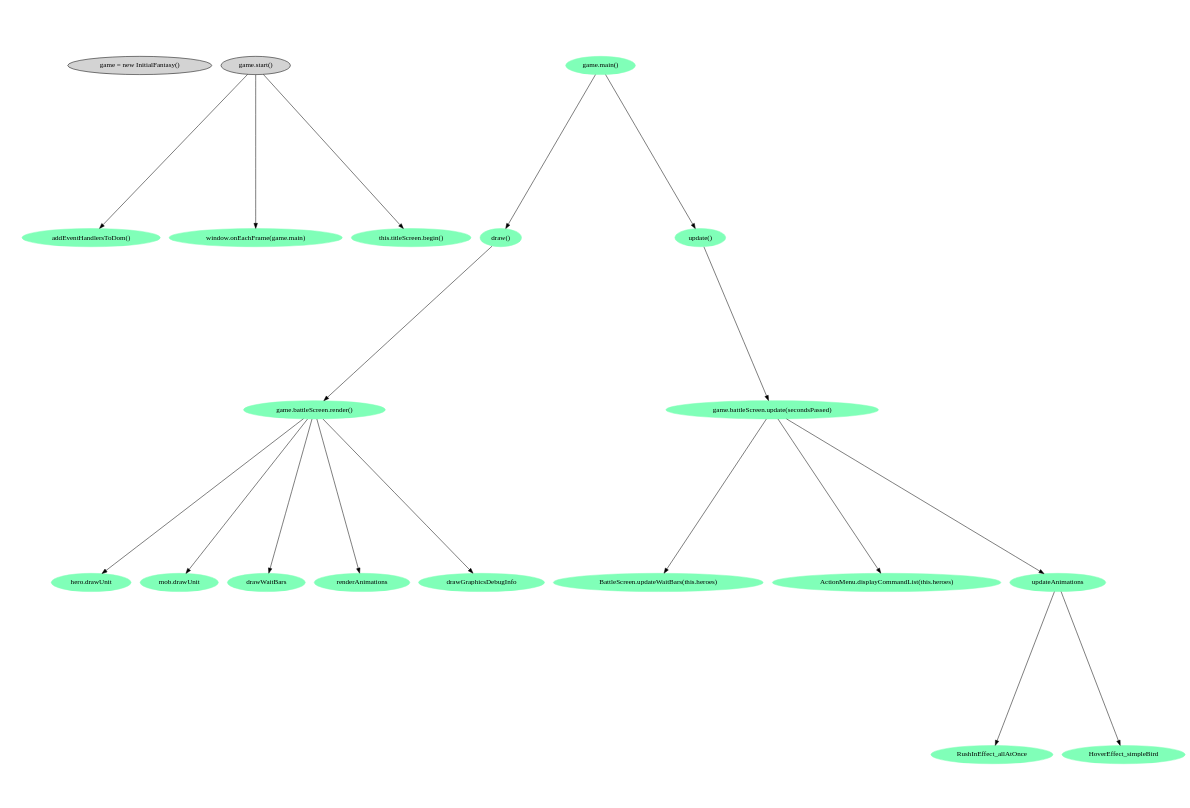
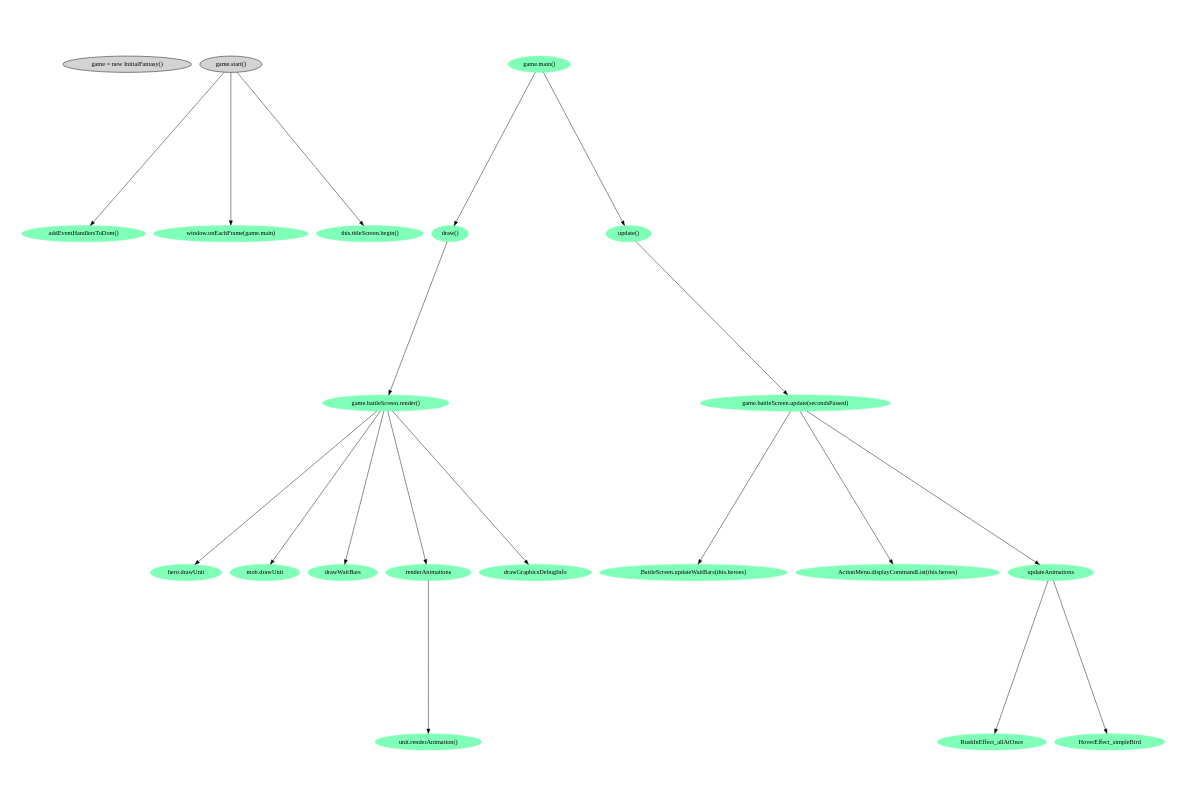
The diagram in doc/overview.gv (TheNotary/initial_fantasy), drawn with Graphviz before and after one commit. The commit also changed 4 other files, not shown here.

```diff
--- a/doc/overview.gv
+++ b/doc/overview.gv
@@ -1,34 +1,37 @@
 # dot -Tsvg overview.gv >overview.svg
 
 digraph prof {
 	size="6,4"; ratio = fill;
 	node [style=filled];
 	"game = new InitialFantasy()"
 	"game.start()" -> "addEventHandlersToDom()";
 	"game.start()" -> "window.onEachFrame(game.main)";
 	"game.start()" -> "this.titleScreen.begin()";
 
 
 "addEventHandlersToDom()" [color="0.408 0.498 1.000"];
 "window.onEachFrame(game.main)" [color="0.408 0.498 1.000"];
 "this.titleScreen.begin()" [color="0.408 0.498 1.000"];
 
   node [style=filled color="0.408 0.498 1.000"];
   "game.main()" -> "draw()"
 	"draw()" -> "game.battleScreen.render()"
 	"game.battleScreen.render()" -> "hero.drawUnit"
 	"game.battleScreen.render()" -> "mob.drawUnit"
 	"game.battleScreen.render()" -> "drawWaitBars"
 	"game.battleScreen.render()" -> "renderAnimations"
 	"game.battleScreen.render()" -> "drawGraphicsDebugInfo"
+	
+	"renderAnimations" -> "unit.renderAnimation()"
+	
 
   "game.main()" -> "update()"
   "update()" -> "game.battleScreen.update(secondsPassed)"
 
   "game.battleScreen.update(secondsPassed)" -> "BattleScreen.updateWaitBars(this.heroes)"
   "game.battleScreen.update(secondsPassed)" -> "ActionMenu.displayCommandList(this.heroes)"
   "game.battleScreen.update(secondsPassed)" -> "updateAnimations"
 
   "updateAnimations" -> "RushInEffect_allAtOnce"
   "updateAnimations" -> "HoverEffect_simpleBird"
 }
```
